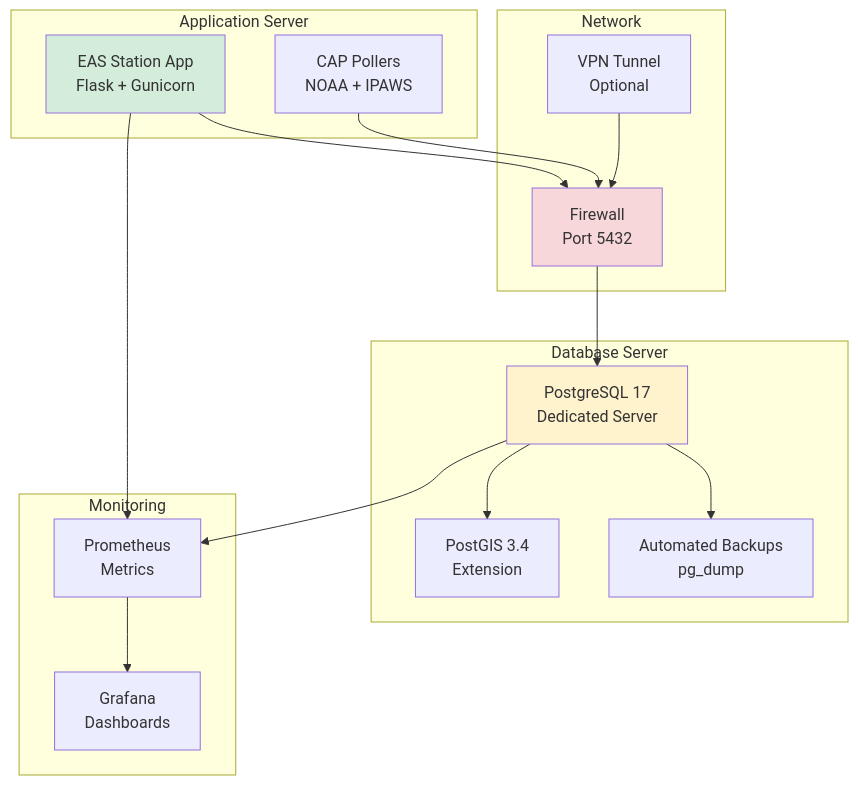
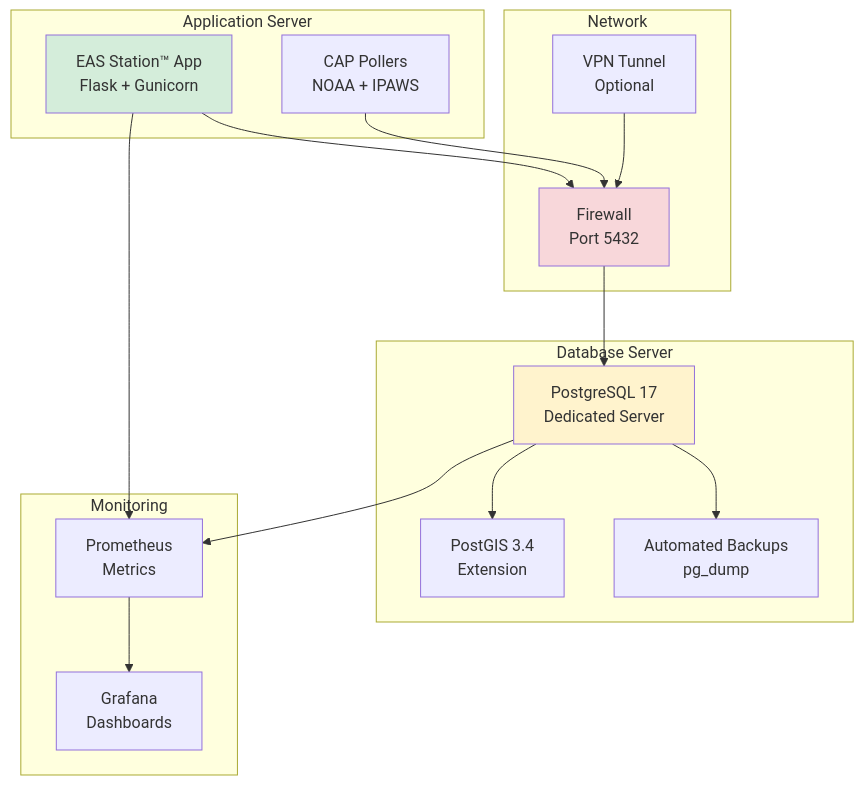
Diagram 21 of 21 in docs/architecture/SYSTEM_ARCHITECTURE.md (KR8MER/eas-station), drawn with Mermaid before and after one commit. The commit also changed other lines of this file and 164 other files, not shown here.

First line of the commit message:
docs: normalize project name to "EAS Station™" everywhere

````diff
--- a/docs/architecture/SYSTEM_ARCHITECTURE.md
+++ b/docs/architecture/SYSTEM_ARCHITECTURE.md
@@ -1083,39 +1083,39 @@
 ```mermaid
 graph TB
     subgraph "Application Server"
-        APP[EAS Station App<br>Flask + Gunicorn]
+        APP[EAS Station™ App<br>Flask + Gunicorn]
         POLL[CAP Pollers<br>NOAA + IPAWS]
     end
 
     subgraph "Database Server"
         PG[PostgreSQL 17<br>Dedicated Server]
         PGIS[PostGIS 3.4<br>Extension]
         BACKUP[Automated Backups<br>pg_dump]
     end
 
     subgraph "Network"
         FW[Firewall<br>Port 5432]
         VPN[VPN Tunnel<br>Optional]
     end
 
     subgraph "Monitoring"
         PROM[Prometheus<br>Metrics]
         GRAF[Grafana<br>Dashboards]
     end
 
     APP --> FW
     POLL --> FW
     FW --> PG
     PG --> PGIS
     PG --> BACKUP
 
     VPN --> FW
 
     APP --> PROM
     PG --> PROM
     PROM --> GRAF
 
     style APP fill:#d4edda
     style PG fill:#fff3cd
     style FW fill:#f8d7da
 ```
````
